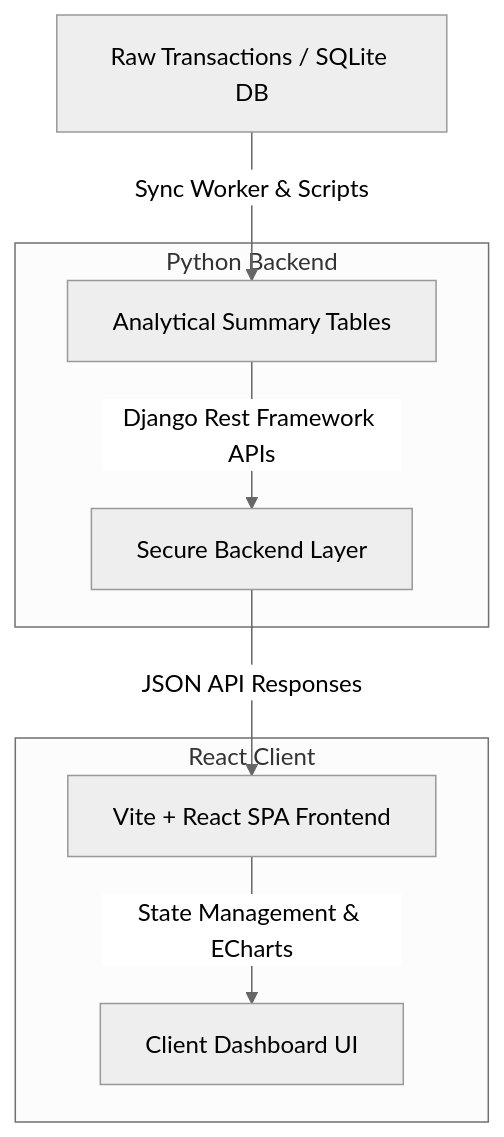
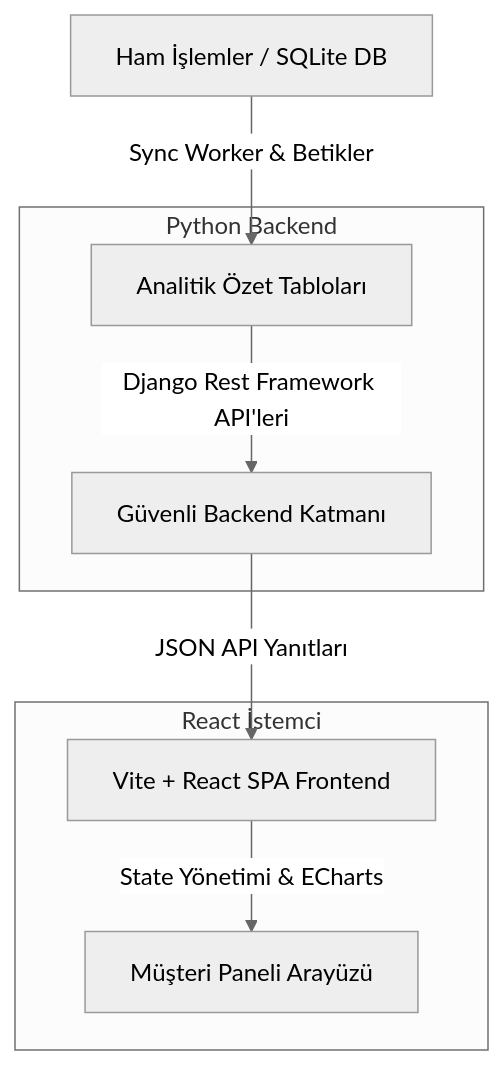
Before and after one commit to mehmetakiffkilicc/PlusCRM: the diagram in README.md, drawn with Mermaid (neutral theme). The commit also changed other lines of this file, not shown here.

````diff
--- a/README.md
+++ b/README.md
@@ -37,17 +34,17 @@
 ```mermaid
 graph TD
-    A[Raw Transactions / SQLite DB] -->|Sync Worker & Scripts| B[Analytical Summary Tables]
-    B -->|Django Rest Framework APIs| C[Secure Backend Layer]
-    C -->|JSON API Responses| D[Vite + React SPA Frontend]
-    D -->|State Management & ECharts| E[Client Dashboard UI]
+    A[Ham İşlemler / SQLite DB] -->|Sync Worker & Betikler| B[Analitik Özet Tabloları]
+    B -->|Django Rest Framework API'leri| C[Güvenli Backend Katmanı]
+    C -->|JSON API Yanıtları| D[Vite + React SPA Frontend]
+    D -->|State Yönetimi & ECharts| E[Müşteri Paneli Arayüzü]
     
     subgraph Python Backend
         B
         C
     end
     
-    subgraph React Client
+    subgraph React İstemci
         D
         E
     end
 ```
````
